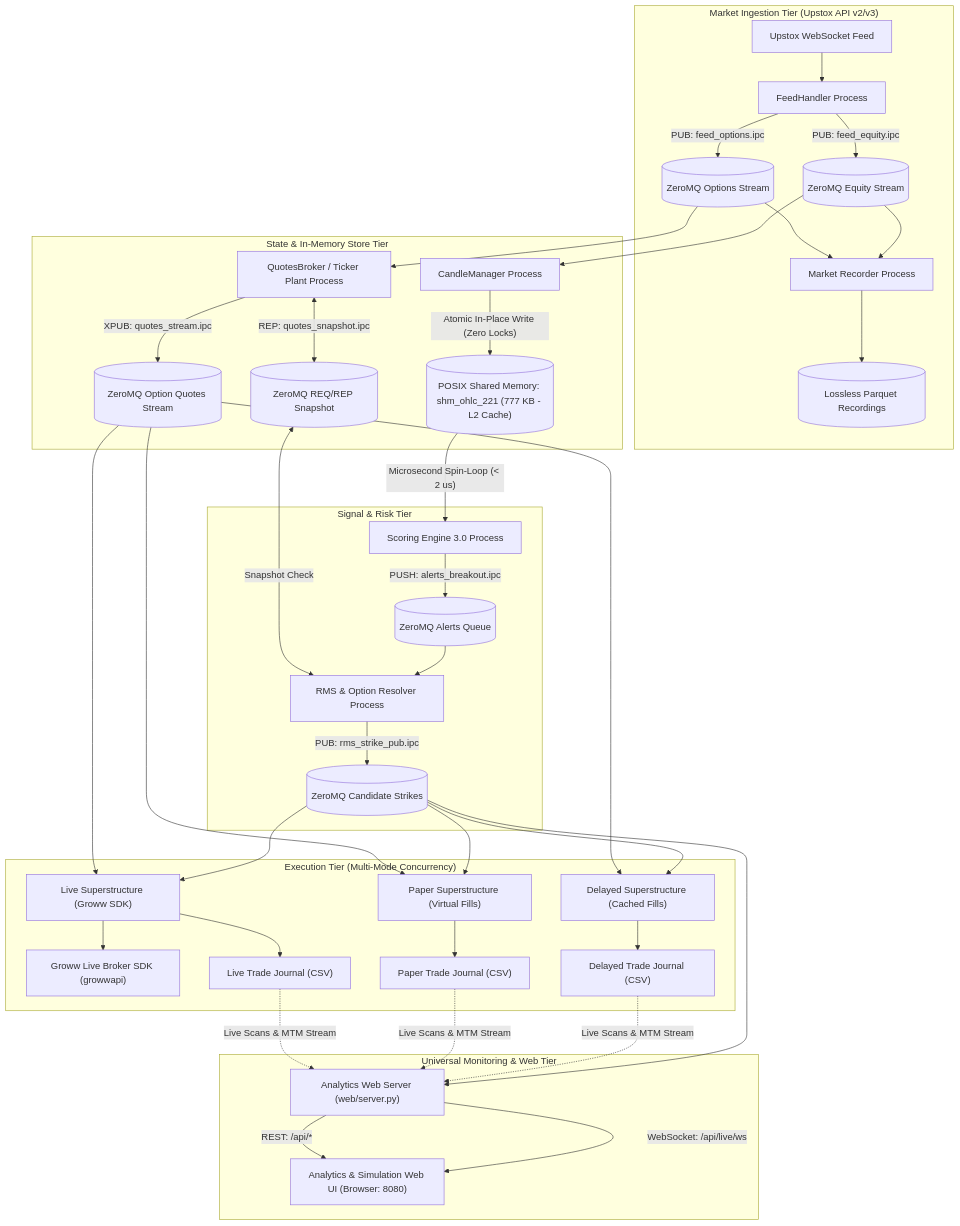
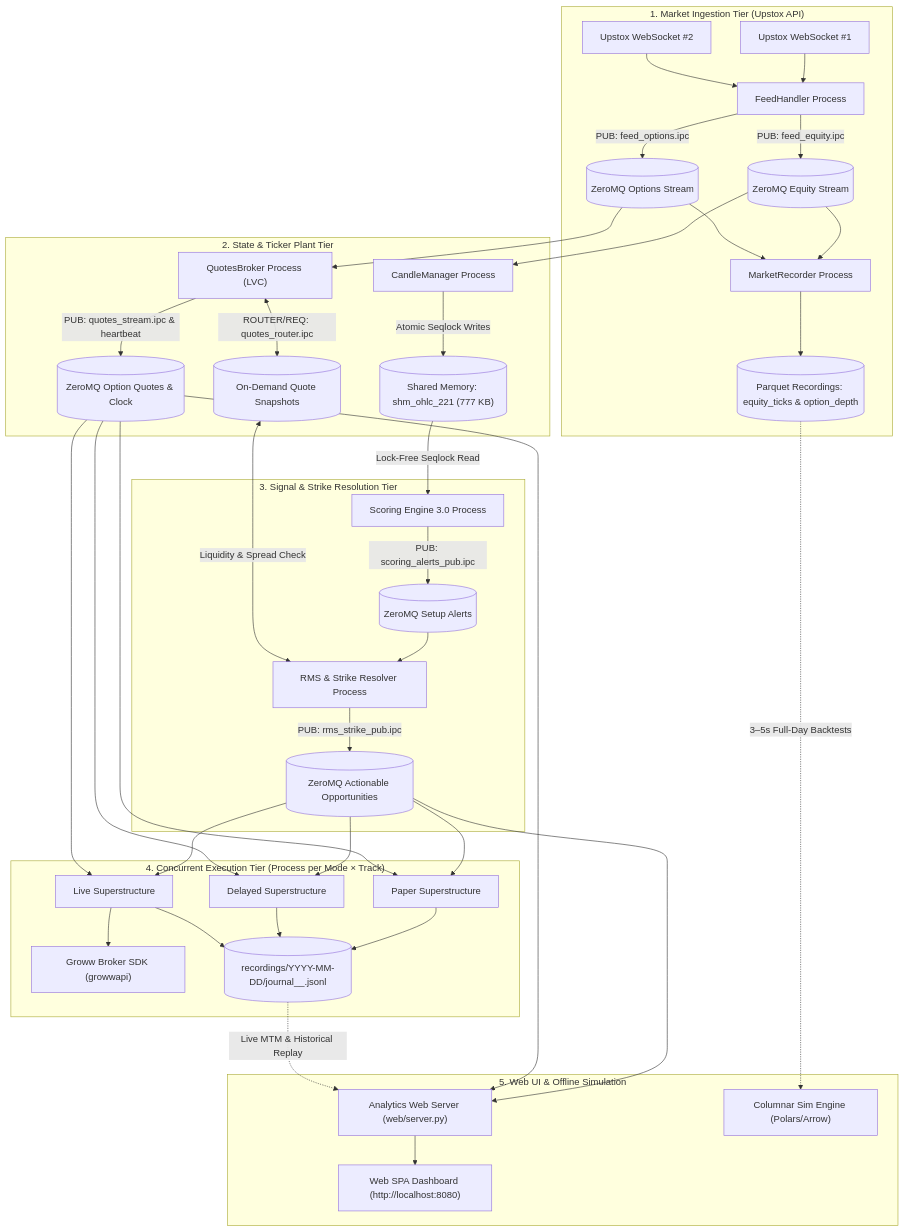
Before and after one commit to greywind7/NSE-options-screener-and-automated-trading-system: the diagram in README.md, drawn with Mermaid. The commit also changed other lines of this file and 16 other files, not shown here.

````diff
--- a/README.md
+++ b/README.md
@@ -21,48 +25,48 @@
 ```mermaid
 flowchart TD
-    subgraph Market Ingestion Tier ["Market Ingestion Tier (Upstox API v2/v3)"]
-        FeedWS["Upstox WebSocket Feed"] --> FeedHandler["FeedHandler Process"]
-        FeedHandler -->|PUB: feed_equity.ipc| ZMQ_EQ[("ZeroMQ Equity Stream")]
-        FeedHandler -->|PUB: feed_options.ipc| ZMQ_OPT[("ZeroMQ Options Stream")]
-        
-        ZMQ_EQ & ZMQ_OPT --> Recorder["Market Recorder Process"]
-        Recorder --> RecStore[("Lossless Parquet Recordings")]
+    subgraph Market Ingestion Tier ["1. Market Ingestion Tier (Upstox API)"]
+        FeedWS1["Upstox WebSocket #1"] --> FeedHandler["FeedHandler Process"]
+        FeedWS2["Upstox WebSocket #2"] --> FeedHandler
+        FeedHandler -->|"PUB: feed_equity.ipc"| ZMQ_EQ[("ZeroMQ Equity Stream")]
+        FeedHandler -->|"PUB: feed_options.ipc"| ZMQ_OPT[("ZeroMQ Options Stream")]
+
+        ZMQ_EQ & ZMQ_OPT --> Recorder["MarketRecorder Process"]
+        Recorder --> RecStore[("Parquet Recordings: equity_ticks & option_depth")]
     end
 
-    subgraph State & In-Memory Store Tier
+    subgraph State & Quote Cache Tier ["2. State & Ticker Plant Tier"]
         ZMQ_EQ --> CandleMgr["CandleManager Process"]
-        CandleMgr -->|"Atomic In-Place Write (Zero Locks)"| SHM[("POSIX Shared Memory: shm_ohlc_221 (777 KB - L2 Cache)")]
-        
-        ZMQ_OPT --> QuotesBroker["QuotesBroker / Ticker Plant Process"]
-        QuotesBroker -->|XPUB: quotes_stream.ipc| ZMQ_QUOTES[("ZeroMQ Option Quotes Stream")]
-        QuotesBroker <-->|REP: quotes_snapshot.ipc| QuotesSnap[("ZeroMQ REQ/REP Snapshot")]
+        CandleMgr -->|"Atomic Seqlock Writes"| SHM[("Shared Memory: shm_ohlc_221 (777 KB)")]
+
+        ZMQ_OPT --> QuotesBroker["QuotesBroker Process (LVC)"]
+        QuotesBroker -->|"PUB: quotes_stream.ipc & heartbeat"| ZMQ_QUOTES[("ZeroMQ Option Quotes & Clock")]
+        QuotesBroker <-->|"ROUTER/REQ: quotes_router.ipc"| QuotesSnap[("On-Demand Quote Snapshots")]
     end
 
-    subgraph Signal & Risk Tier
-        SHM -->|"Microsecond Spin-Loop (< 2 us)"| ScoringEng["Scoring Engine 3.0 Process"]
-        ScoringEng -->|PUSH: alerts_breakout.ipc| ZMQ_ALERTS[("ZeroMQ Alerts Queue")]
-        
-        ZMQ_ALERTS --> RMS["RMS & Option Resolver Process"]
-        QuotesSnap <-->|Snapshot Check| RMS
-        RMS -->|PUB: rms_strike_pub.ipc| ZMQ_RMS[("ZeroMQ Candidate Strikes")]
+    subgraph Signal & Risk Tier ["3. Signal & Strike Resolution Tier"]
+        SHM -->|"Lock-Free Seqlock Read"| ScoringEng["Scoring Engine 3.0 Process"]
+        ScoringEng -->|"PUB: scoring_alerts_pub.ipc"| ZMQ_ALERTS[("ZeroMQ Setup Alerts")]
+
+        ZMQ_ALERTS --> RMS["RMS & Strike Resolver Process"]
+        QuotesSnap <-->|"Liquidity & Spread Check"| RMS
+        RMS -->|"PUB: rms_strike_pub.ipc"| ZMQ_RMS[("ZeroMQ Actionable Opportunities")]
     end
 
-    subgraph Execution & Tracking Tier ["Execution Tier (Multi-Mode Concurrency)"]
-        ZMQ_RMS --> SuperLive["Live Superstructure (Groww SDK)"]
-        ZMQ_RMS --> SuperPaper["Paper Superstructure (Virtual Fills)"]
-        ZMQ_RMS --> SuperDelayed["Delayed Superstructure (Cached Fills)"]
-        
-        ZMQ_QUOTES --> SuperLive & SuperPaper & SuperDelayed
-        SuperLive --> GrowwSDK["Groww Live Broker SDK (growwapi)"]
-        SuperDelayed --> DelayedLog["Delayed Trade Journal (CSV)"]
-        SuperPaper --> PaperLog["Paper Trade Journal (CSV)"]
-        SuperLive --> LiveLog["Live Trade Journal (CSV)"]
+    subgraph Execution Tier ["4. Concurrent Execution Tier (Process per Mode × Track)"]
+        ZMQ_RMS --> SuperPaper["Paper Superstructure"]
+        ZMQ_RMS --> SuperDelayed["Delayed Superstructure"]
+        ZMQ_RMS --> SuperLive["Live Superstructure"]
+
+        ZMQ_QUOTES --> SuperPaper & SuperDelayed & SuperLive
+        SuperLive --> GrowwSDK["Groww Broker SDK (growwapi)"]
+        SuperPaper & SuperDelayed & SuperLive --> Journals[("recordings/YYYY-MM-DD/journal_<mode>_<track>.jsonl")]
     end
 
-    subgraph Universal Monitoring Tier ["Universal Monitoring & Web Tier"]
+    subgraph Monitoring & Research Tier ["5. Web UI & Offline Simulation"]
         ZMQ_RMS --> WebServer["Analytics Web Server (web/server.py)"]
-        DelayedLog & PaperLog & LiveLog -.->|Live Scans & MTM Stream| WebServer
-        WebServer -->|WebSocket: /api/live/ws| WebUI["Analytics & Simulation Web UI (Browser: 8080)"]
-        WebServer -->|REST: /api/*| WebUI
+        ZMQ_QUOTES --> WebServer
+        Journals -.->|"Live MTM & Historical Replay"| WebServer
+        RecStore -.->|"3–5s Full-Day Backtests"| SimEngine["Columnar Sim Engine (Polars/Arrow)"]
+        WebServer --> Browser["Web SPA Dashboard (http://localhost:8080)"]
     end
 ```
````
